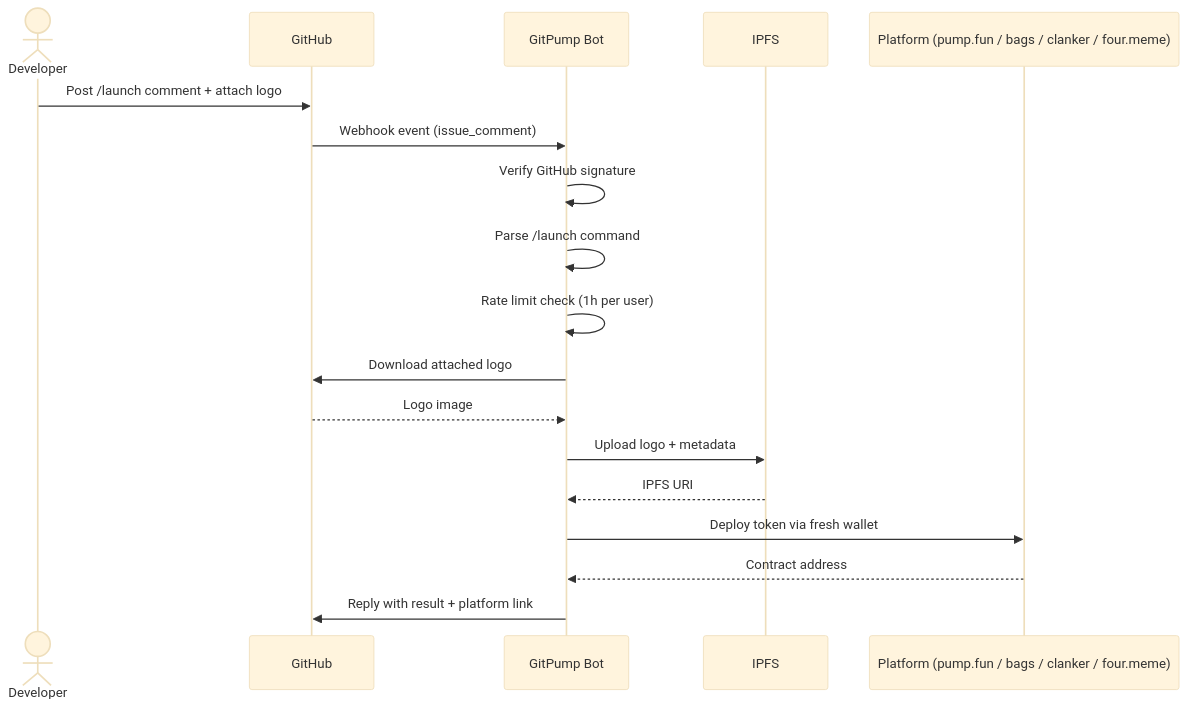
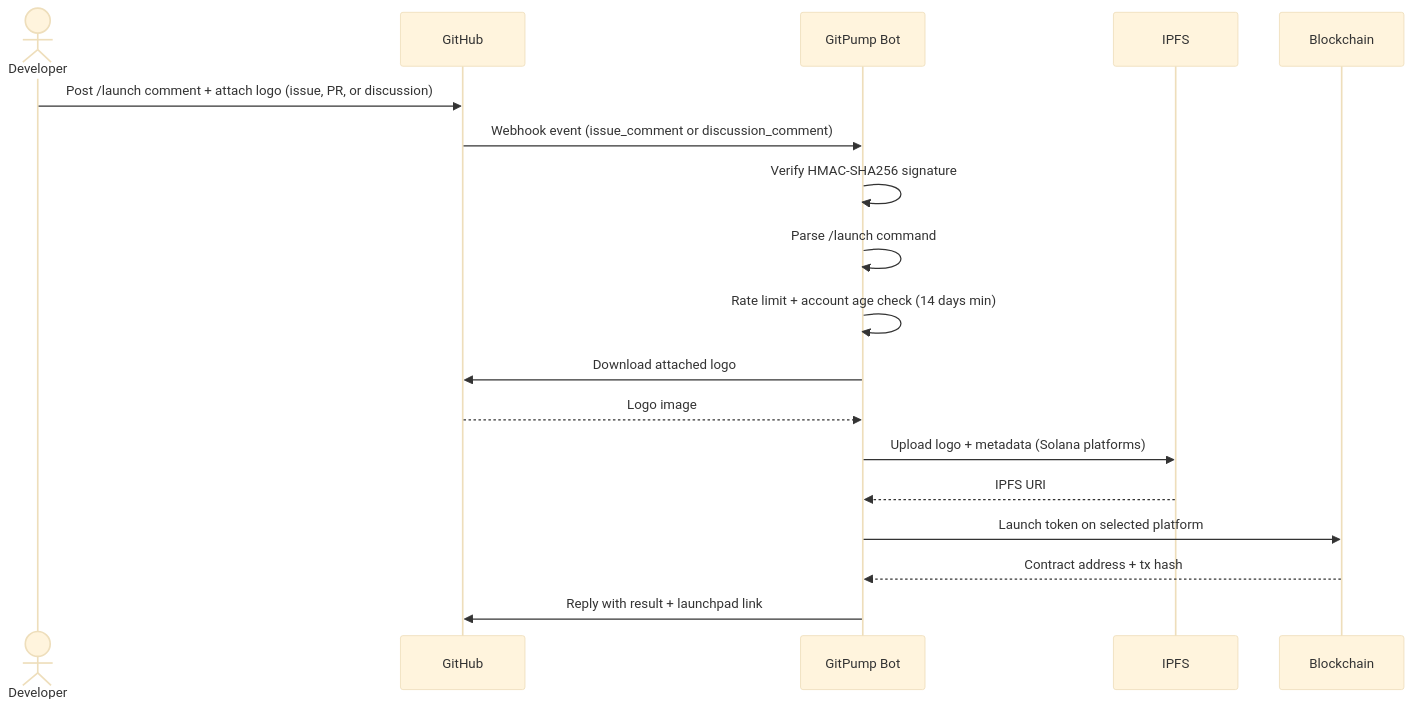
One commit to git-pump/.github changed the diagram in profile/README.md. Above: the diagram before and after it, drawn with Mermaid (base theme). The commit also changed other lines of this file, not shown here.

Commit message:
Update org profile README: multi-chain, PR/Discussion support, points system

````diff
--- a/profile/README.md
+++ b/profile/README.md
@@ -72,21 +62,21 @@
 ```mermaid
 sequenceDiagram
     actor Dev as Developer
     participant GH as GitHub
     participant Bot as GitPump Bot
     participant IPFS as IPFS
-    participant Chain as Platform (pump.fun / bags / clanker / four.meme)
+    participant Chain as Blockchain
 
-    Dev->>GH: Post /launch comment + attach logo
-    GH->>Bot: Webhook event (issue_comment)
-    Bot->>Bot: Verify GitHub signature
+    Dev->>GH: Post /launch comment + attach logo (issue, PR, or discussion)
+    GH->>Bot: Webhook event (issue_comment or discussion_comment)
+    Bot->>Bot: Verify HMAC-SHA256 signature
     Bot->>Bot: Parse /launch command
-    Bot->>Bot: Rate limit check (1h per user)
+    Bot->>Bot: Rate limit + account age check (14 days min)
     Bot->>GH: Download attached logo
     GH-->>Bot: Logo image
-    Bot->>IPFS: Upload logo + metadata
+    Bot->>IPFS: Upload logo + metadata (Solana platforms)
     IPFS-->>Bot: IPFS URI
-    Bot->>Chain: Deploy token via fresh wallet
-    Chain-->>Bot: Contract address
-    Bot->>GH: Reply with result + platform link
+    Bot->>Chain: Launch token on selected platform
+    Chain-->>Bot: Contract address + tx hash
+    Bot->>GH: Reply with result + launchpad link
 ```
````
